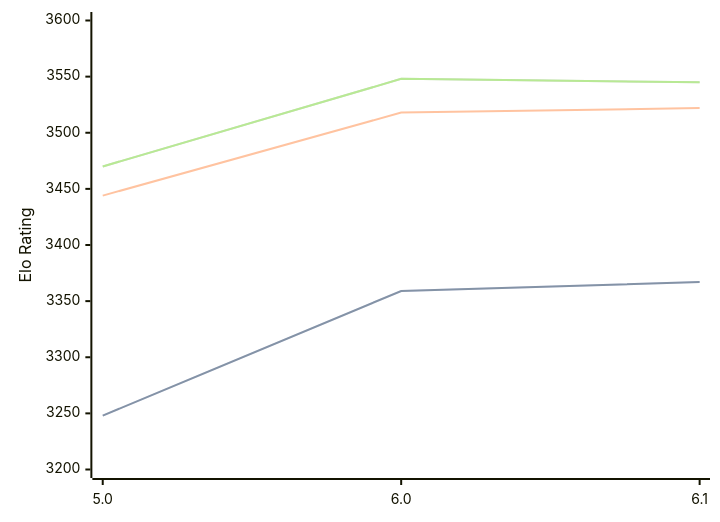
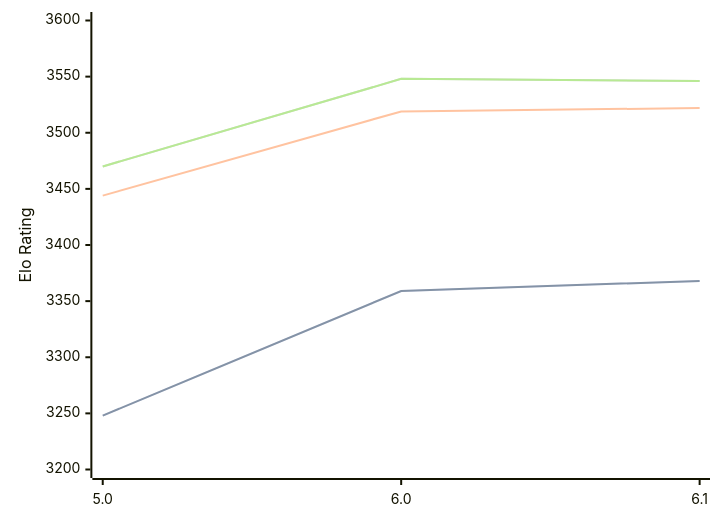
Before and after one commit to computer-chess-index/cci: the diagram in engines/Starzix.md, drawn with Mermaid. The commit also changed other lines of this file, not shown here.

Commit message:
Update CCI Ratings (ELO VLTC) - 2026-04-27

````diff
--- a/engines/Starzix.md
+++ b/engines/Starzix.md
@@ -37,11 +37,11 @@
 ```mermaid
 %%{init: {"theme":"base","themeVariables":{"seriesColors:['#a3a3a3','#222221','#faa371']}}}%%
 xychart-beta
   x-axis ["5.0", "6.0", "6.1"]
   y-axis "Elo Rating" 3200 --> 3600
-  line "STC (8.0+0.08s)" [3248, 3359, 3367]
-  line "STC (8.0+0.08s)" [3248, 3359, 3367]
-  line "LTC (60.0+0.60s)" [3444, 3518, 3522]
-  line "VLTC (2m24s+1.12s)" [3470, 3548, 3545]
-  line "VLTC (2m24s+1.12s)" [3470, 3548, 3545]
+  line "STC (8.0+0.08s)" [3248, 3359, 3368]
+  line "STC (8.0+0.08s)" [3248, 3359, 3368]
+  line "LTC (60.0+0.60s)" [3444, 3519, 3522]
+  line "VLTC (2m24s+1.12s)" [3470, 3548, 3546]
+  line "VLTC (2m24s+1.12s)" [3470, 3548, 3546]
 ```
````
